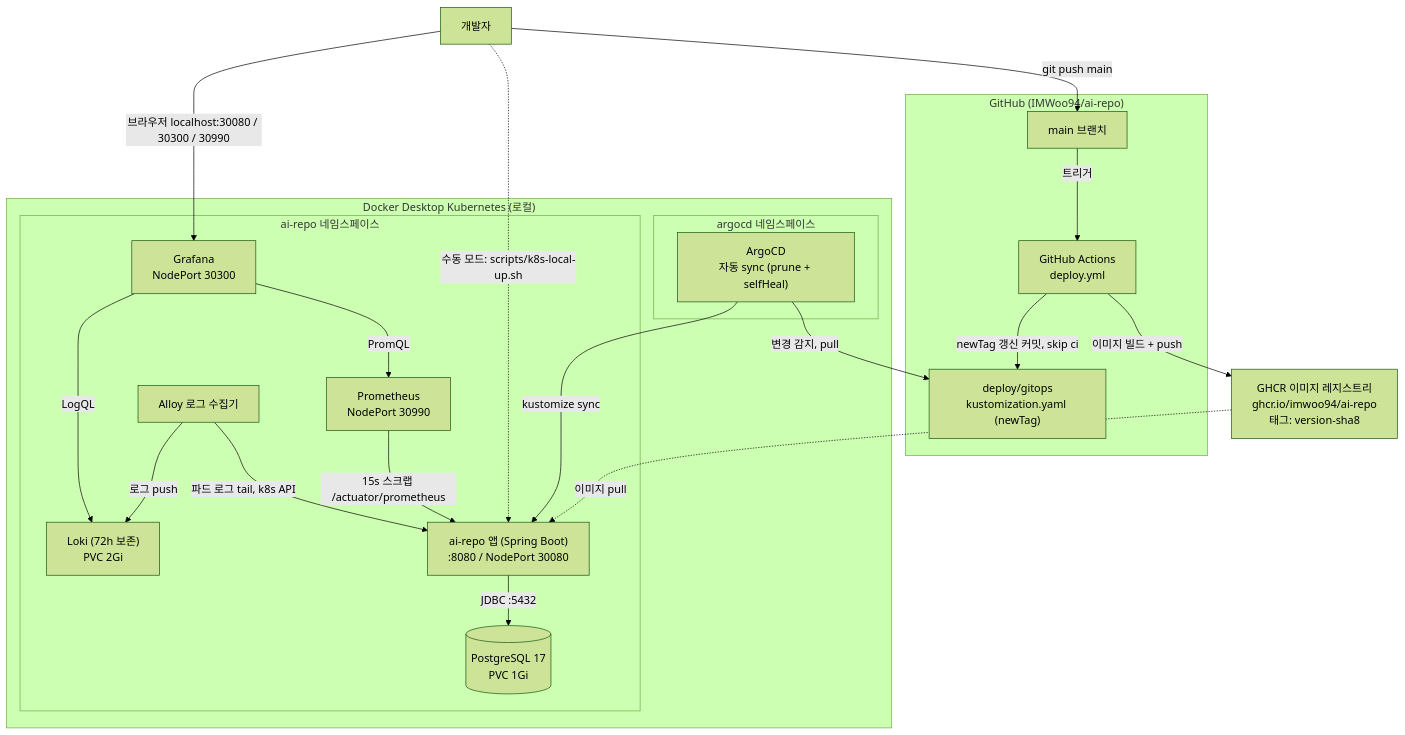
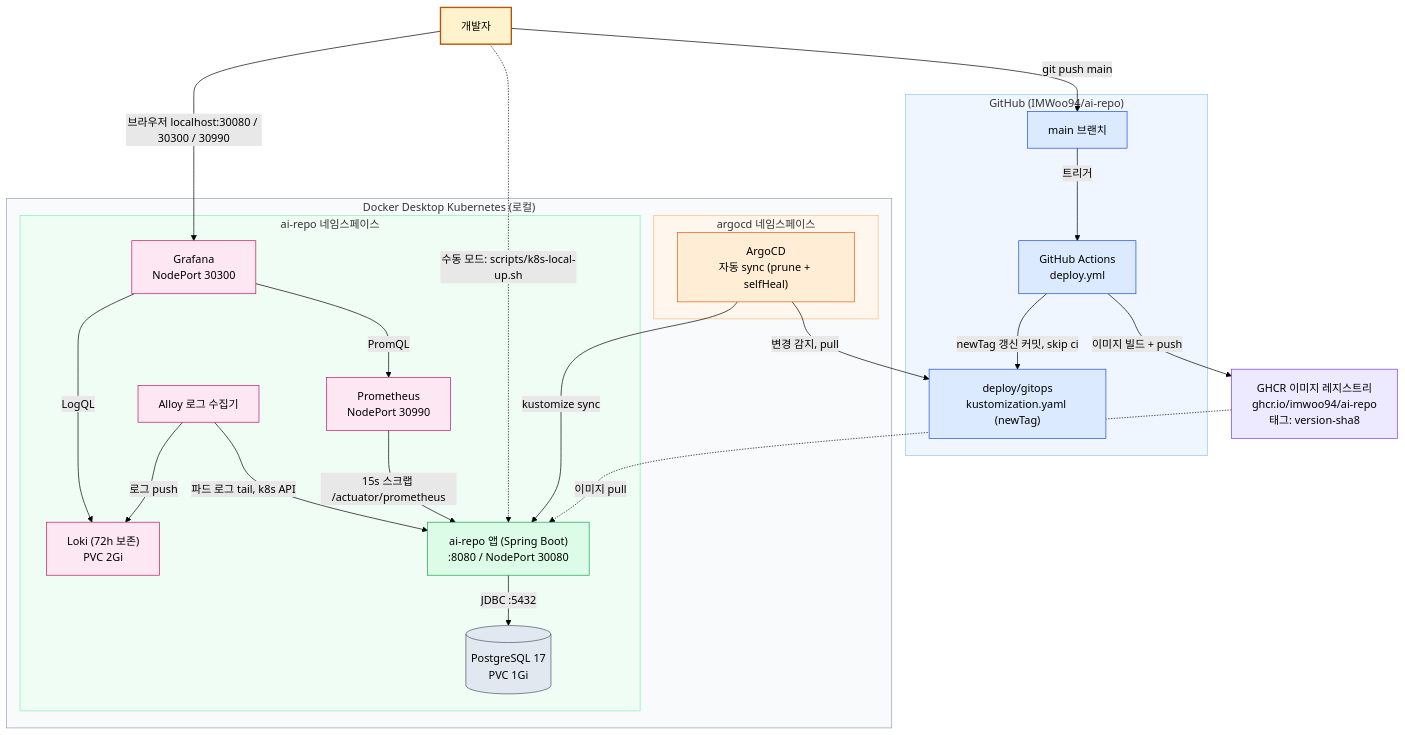
One commit to IMWoo94/ai-repo changed the first of 3 diagrams in docs/development/architecture-diagrams.md. Above: the diagram before and after it, drawn with Mermaid (forest theme). The commit also changed other lines of this file, not shown here.

First line of the commit message:
docs: color-code architecture diagrams by component role

````diff
--- a/docs/development/architecture-diagrams.md
+++ b/docs/development/architecture-diagrams.md
@@ -9,43 +9,63 @@
 ```mermaid
 graph TB
     dev["개발자"]
 
     subgraph GH["GitHub (IMWoo94/ai-repo)"]
         repo["main 브랜치"]
         actions["GitHub Actions<br/>deploy.yml"]
         gitops["deploy/gitops<br/>kustomization.yaml (newTag)"]
     end
 
     ghcr["GHCR 이미지 레지스트리<br/>ghcr.io/imwoo94/ai-repo<br/>태그: version-sha8"]
 
     subgraph K8S["Docker Desktop Kubernetes (로컬)"]
         subgraph ARGONS["argocd 네임스페이스"]
             argocd["ArgoCD<br/>자동 sync (prune + selfHeal)"]
         end
         subgraph NS["ai-repo 네임스페이스"]
             app["ai-repo 앱 (Spring Boot)<br/>:8080 / NodePort 30080"]
             pg[("PostgreSQL 17<br/>PVC 1Gi")]
             prom["Prometheus<br/>NodePort 30990"]
             loki["Loki (72h 보존)<br/>PVC 2Gi"]
             alloy["Alloy 로그 수집기"]
             graf["Grafana<br/>NodePort 30300"]
         end
     end
 
     dev -->|git push main| repo
     repo -->|트리거| actions
     actions -->|이미지 빌드 + push| ghcr
     actions -->|newTag 갱신 커밋, skip ci| gitops
     argocd -->|변경 감지, pull| gitops
     argocd -->|kustomize sync| app
     ghcr -.->|이미지 pull| app
     dev -.->|수동 모드: scripts/k8s-local-up.sh| app
 
     app -->|JDBC :5432| pg
     prom -->|15s 스크랩 /actuator/prometheus| app
     alloy -->|파드 로그 tail, k8s API| app
     alloy -->|로그 push| loki
     graf -->|PromQL| prom
     graf -->|LogQL| loki
     dev -->|브라우저 localhost:30080 / 30300 / 30990| graf
+
+    classDef actor fill:#fff3cd,stroke:#b45309,stroke-width:2px
+    classDef github fill:#dbeafe,stroke:#1d4ed8
+    classDef registry fill:#ede9fe,stroke:#7c3aed
+    classDef gitopsTool fill:#ffedd5,stroke:#ea580c
+    classDef workload fill:#dcfce7,stroke:#16a34a
+    classDef observability fill:#fce7f3,stroke:#be185d
+    classDef storage fill:#e2e8f0,stroke:#475569
+
+    class dev actor
+    class repo,actions,gitops github
+    class ghcr registry
+    class argocd gitopsTool
+    class app workload
+    class prom,loki,alloy,graf observability
+    class pg storage
+    style GH fill:#eff6ff,stroke:#93c5fd
+    style K8S fill:#f8fafc,stroke:#94a3b8
+    style ARGONS fill:#fff7ed,stroke:#fdba74
+    style NS fill:#f0fdf4,stroke:#86efac
 ```
````
